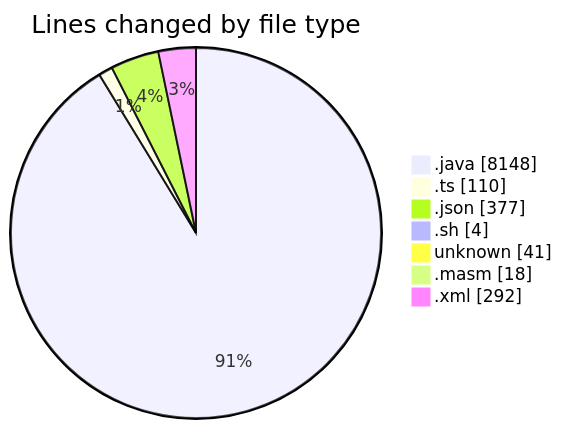
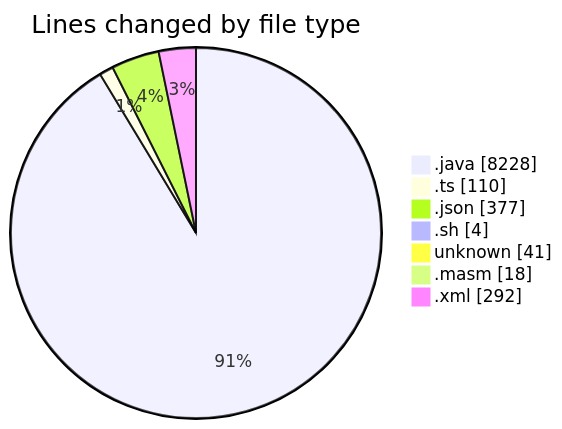
Before and after one commit to charlie-sans/code-tracking: the first of 2 diagrams in 2025-02-20/micros/README.md, drawn with Mermaid. The commit also changed other lines of this file and 1 other file, not shown here.

````diff
--- a/2025-02-20/micros/README.md
+++ b/2025-02-20/micros/README.md
@@ -53,11 +53,11 @@
 ```mermaid
 pie showData
 title Lines changed by file type
-".java" : 8148
+".java" : 8228
 ".ts" : 110
 ".json" : 377
 ".sh" : 4
 "unknown" : 41
 ".masm" : 18
 ".xml" : 292
 ```
````
